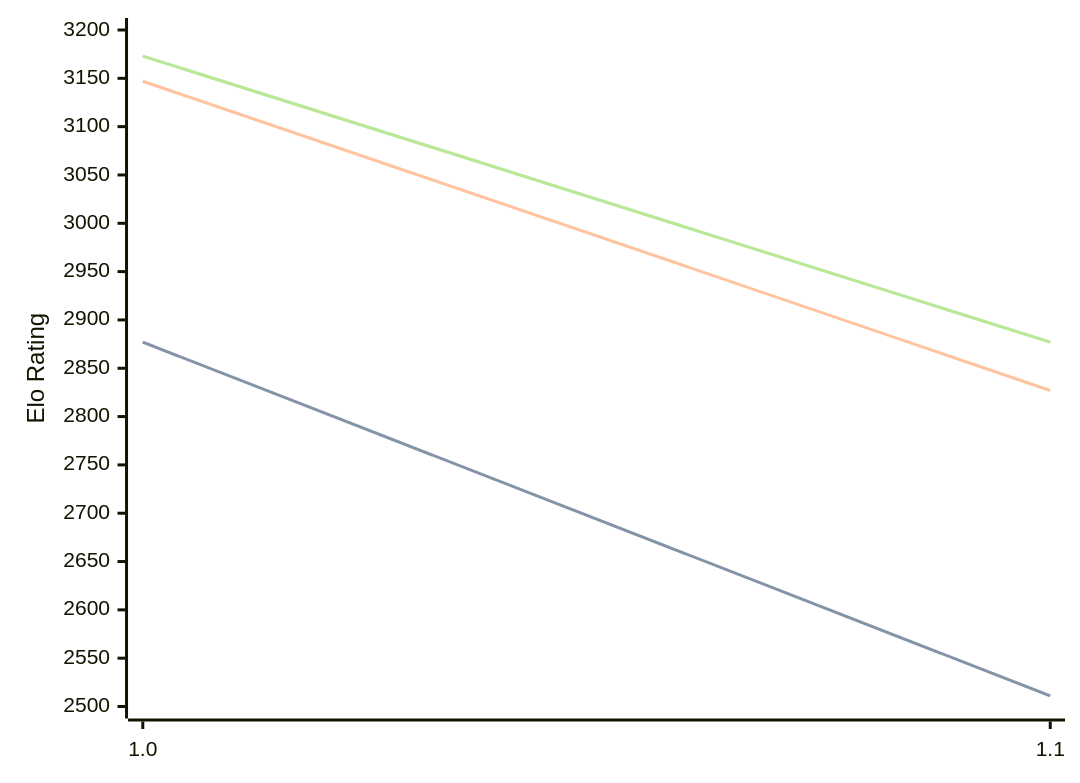
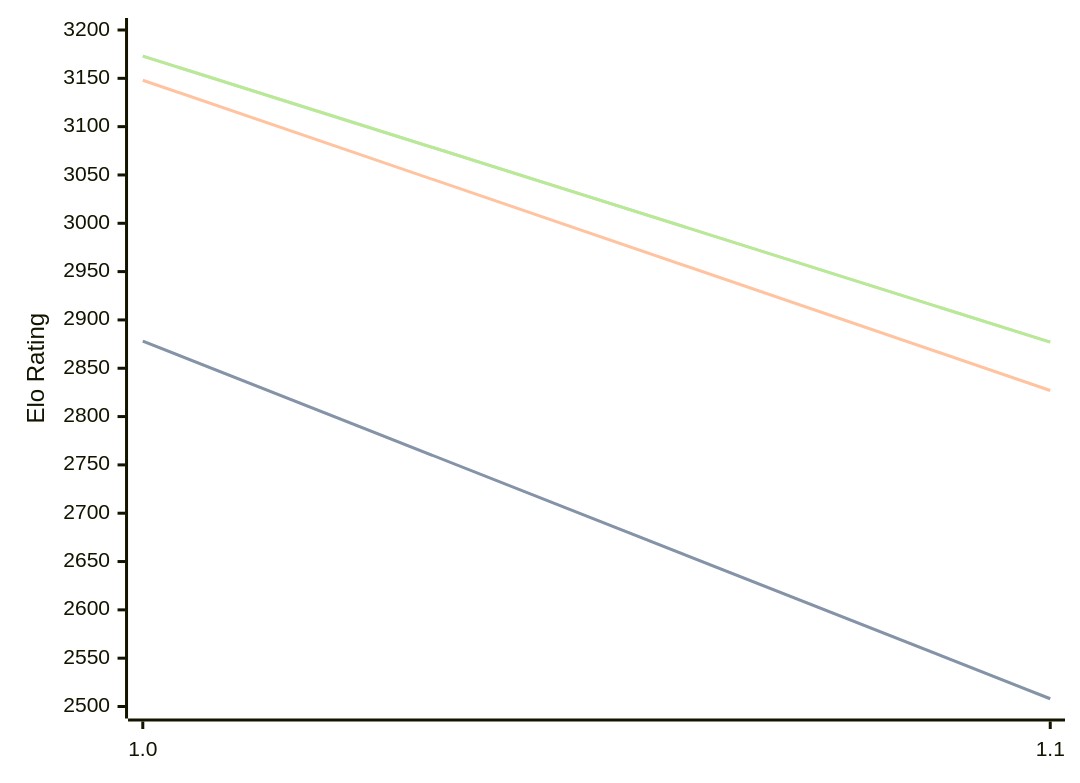
Before and after one commit to computer-chess-index/cci: the diagram in engines/Publius.md, drawn with Mermaid. The commit also changed other lines of this file, not shown here.

Commit message:
Update CCI Ratings (ELO VLTC) - 2026-02-17

````diff
--- a/engines/Publius.md
+++ b/engines/Publius.md
@@ -29,11 +29,11 @@
 ```mermaid
 %%{init: {"theme":"base","themeVariables":{"seriesColors:['#a3a3a3','#222221','#faa371']}}}%%
 xychart-beta
   x-axis ["1.0", "1.1"]
   y-axis "Elo Rating" 2500 --> 3200
-  line "STC (8.0+0.08s)" [2877, 2511]
-  line "STC (8.0+0.08s)" [2877, 2511]
-  line "LTC (60.0+0.60s)" [3147, 2827]
+  line "STC (8.0+0.08s)" [2878, 2508]
+  line "STC (8.0+0.08s)" [2878, 2508]
+  line "LTC (60.0+0.60s)" [3148, 2827]
   line "VLTC (2m24s+1.12s)" [3173, 2877]
   line "VLTC (2m24s+1.12s)" [3173, 2877]
 ```
````
